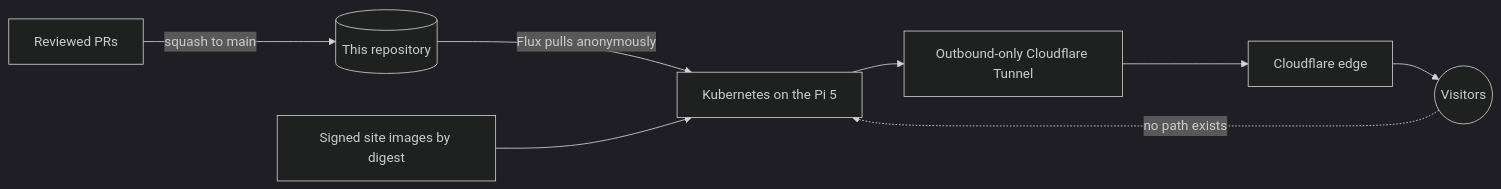
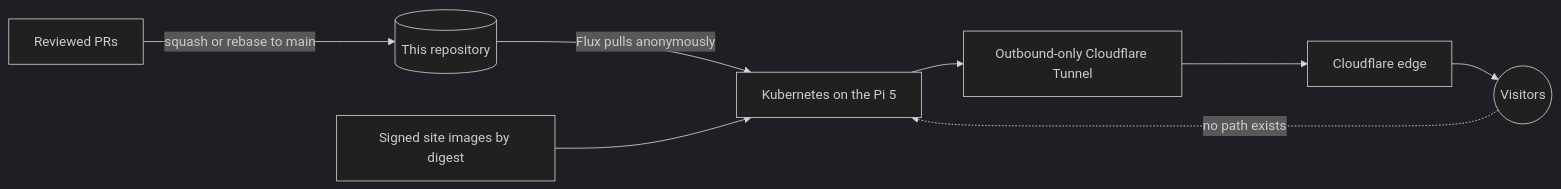
The diagram in README.md (snaraj/website-infrastructure), drawn with Mermaid (dark theme) before and after one commit. The commit also changed other lines of this file and 33 other files, not shown here.

````diff
--- a/README.md
+++ b/README.md
@@ -18,9 +28,9 @@
 ```mermaid
 flowchart LR
-    dev[Reviewed PRs] -->|squash to main| repo[(This repository)]
+    dev[Reviewed PRs] -->|squash or rebase to main| repo[(This repository)]
     repo -->|Flux pulls anonymously| k8s[Kubernetes on the Pi 5]
     sites[Signed site images by digest] --> k8s
     k8s --> tunnel[Outbound-only Cloudflare Tunnel]
     tunnel --> edge[Cloudflare edge] --> visitors((Visitors))
     visitors -.->|no path exists| k8s
 ```
````
